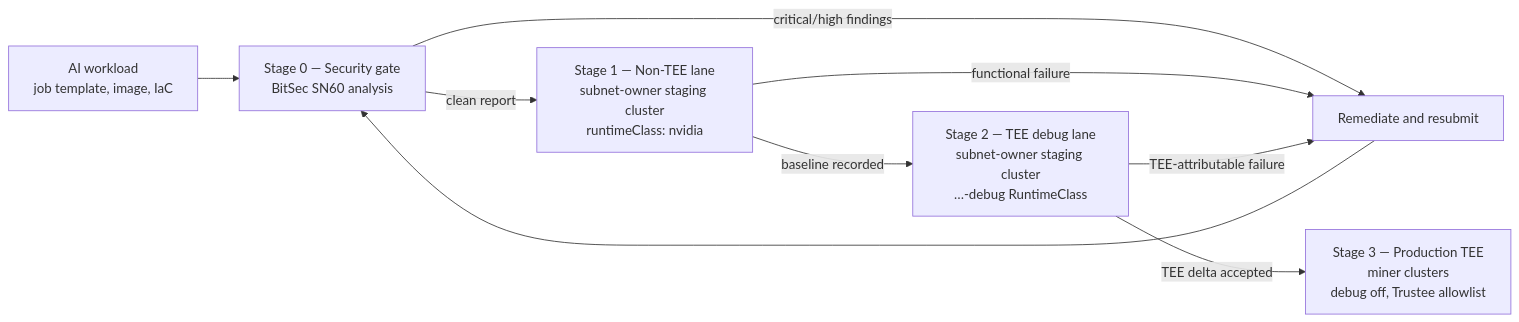
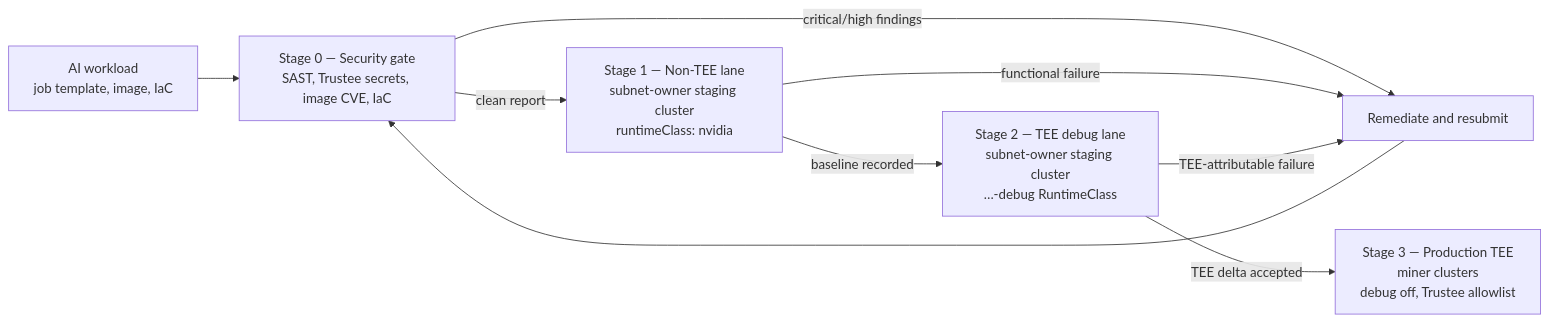
One commit to KubeTEE-AI/kubetee-subnet changed the diagram in docs/TEE-DEPLOYMENT-AND-CICD.md. Above: the diagram before and after it, drawn with Mermaid. The commit also changed other lines of this file and 2 other files, not shown here.

First line of the commit message:
docs(subnet): replace BitSec SN60 Stage 0 with supply-chain CI

````diff
--- a/docs/TEE-DEPLOYMENT-AND-CICD.md
+++ b/docs/TEE-DEPLOYMENT-AND-CICD.md
@@ -309,18 +310,18 @@
 ```mermaid
 flowchart LR
     WL["AI workload<br/>job template, image, IaC"]
-    S0["Stage 0 — Security gate<br/>BitSec SN60 analysis"]
+    S0["Stage 0 — Security gate<br/>SAST, Trustee secrets, image CVE, IaC"]
     S1["Stage 1 — Non-TEE lane<br/>subnet-owner staging cluster<br/>runtimeClass: nvidia"]
     S2["Stage 2 — TEE debug lane<br/>subnet-owner staging cluster<br/>…-debug RuntimeClass"]
     S3["Stage 3 — Production TEE<br/>miner clusters<br/>debug off, Trustee allowlist"]
     Fix["Remediate and resubmit"]
 
     WL --> S0
     S0 -->|"critical/high findings"| Fix
     S1 -->|"functional failure"| Fix
     S2 -->|"TEE-attributable failure"| Fix
     Fix --> S0
     S0 -->|"clean report"| S1
     S1 -->|"baseline recorded"| S2
     S2 -->|"TEE delta accepted"| S3
 ```
````
